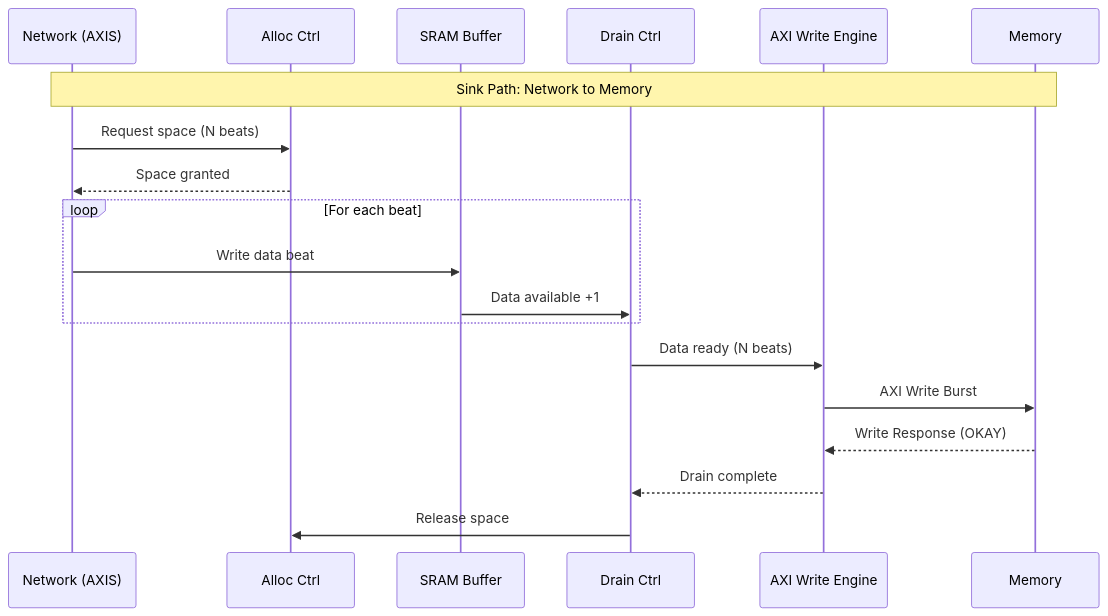
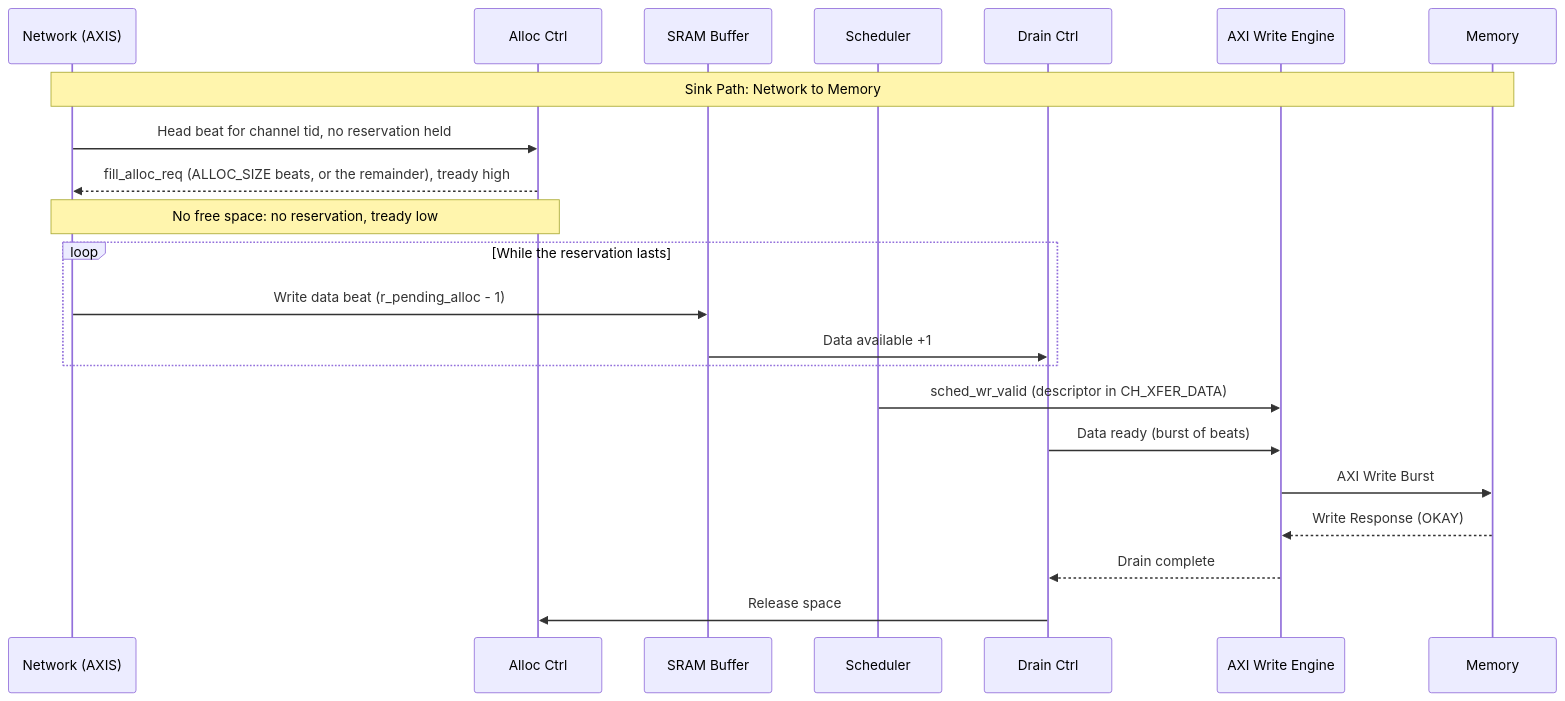
One commit to sean-galloway/RTLDesignSherpa changed the first of 3 diagrams in projects/components/dma-ip/rapids/docs/rapids_beats_has/ch02_architecture/02_data_flow.md. Above: the diagram before and after it, drawn with Mermaid. The commit also changed other lines of this file and 19 other files, not shown here.

````diff
--- a/projects/components/dma-ip/rapids/docs/rapids_beats_has/ch02_architecture/02_data_flow.md
+++ b/projects/components/dma-ip/rapids/docs/rapids_beats_has/ch02_architecture/02_data_flow.md
@@ -35,26 +59,29 @@
 ```mermaid
 sequenceDiagram
     participant NET as Network (AXIS)
     participant ALLOC as Alloc Ctrl
     participant SRAM as SRAM Buffer
+    participant SCHED as Scheduler
     participant DRAIN as Drain Ctrl
     participant AXI as AXI Write Engine
     participant MEM as Memory
 
     Note over NET,MEM: Sink Path: Network to Memory
 
-    NET->>ALLOC: Request space (N beats)
-    ALLOC-->>NET: Space granted
+    NET->>ALLOC: Head beat for channel tid, no reservation held
+    ALLOC-->>NET: fill_alloc_req (ALLOC_SIZE beats, or the remainder), tready high
+    Note over NET,ALLOC: No free space: no reservation, tready low
 
-    loop For each beat
-        NET->>SRAM: Write data beat
+    loop While the reservation lasts
+        NET->>SRAM: Write data beat (r_pending_alloc - 1)
         SRAM->>DRAIN: Data available +1
     end
 
-    DRAIN->>AXI: Data ready (N beats)
+    SCHED->>AXI: sched_wr_valid (descriptor in CH_XFER_DATA)
+    DRAIN->>AXI: Data ready (burst of beats)
     AXI->>MEM: AXI Write Burst
 
     MEM-->>AXI: Write Response (OKAY)
     AXI-->>DRAIN: Drain complete
     DRAIN->>ALLOC: Release space
 ```
````
